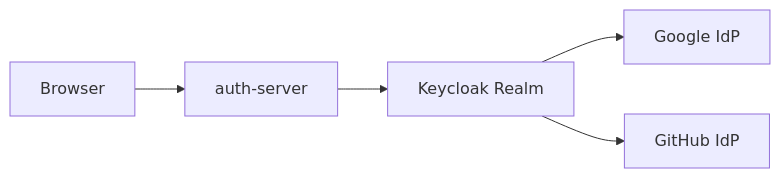
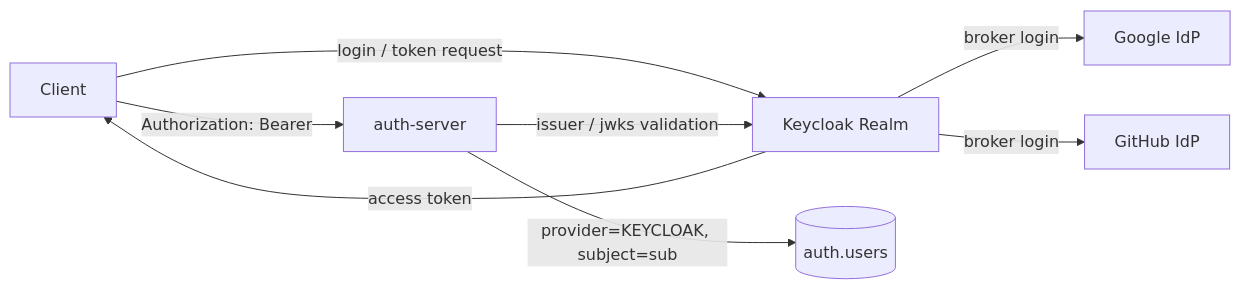
Before and after one commit to DongHyeonka/Project-Auth-Server: the diagram in docs/topics/03-keycloak/01-architecture.md, drawn with Mermaid. The commit also changed other lines of this file and 173 other files, not shown here.

````diff
--- a/docs/topics/03-keycloak/01-architecture.md
+++ b/docs/topics/03-keycloak/01-architecture.md
@@ -10,7 +10,10 @@
 ```mermaid
 flowchart LR
-  Client[Browser] --> AuthServer[auth-server]
-  AuthServer --> Keycloak[Keycloak Realm]
-  Keycloak --> Google[Google IdP]
-  Keycloak --> GitHub[GitHub IdP]
+  Client[Client] -->|login / token request| Keycloak[Keycloak Realm]
+  Keycloak -->|broker login| Google[Google IdP]
+  Keycloak -->|broker login| GitHub[GitHub IdP]
+  Keycloak -->|access token| Client
+  Client -->|Authorization: Bearer| AuthServer[auth-server]
+  AuthServer -->|issuer / jwks validation| Keycloak
+  AuthServer -->|provider=KEYCLOAK, subject=sub| DB[(auth.users)]
 ```
````
